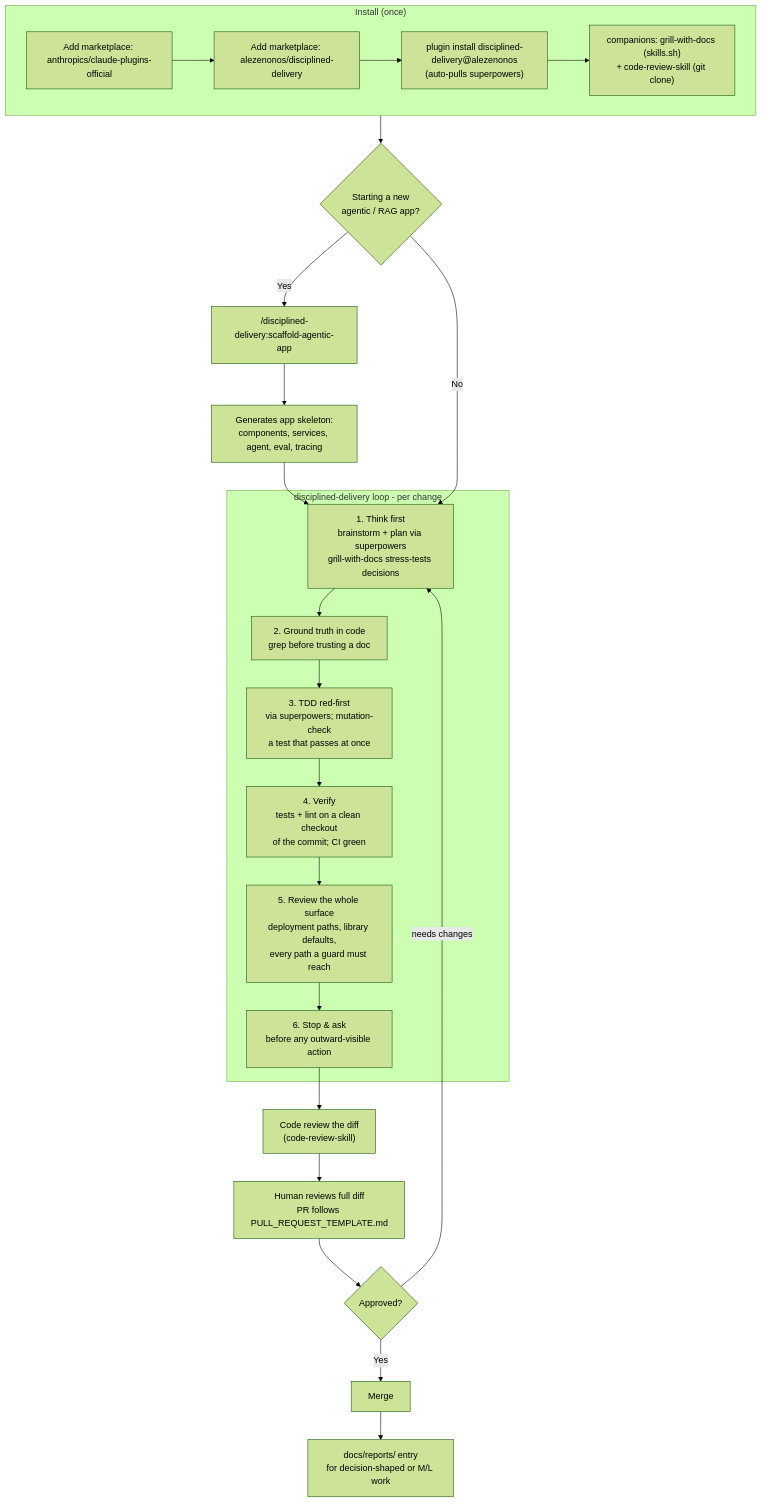
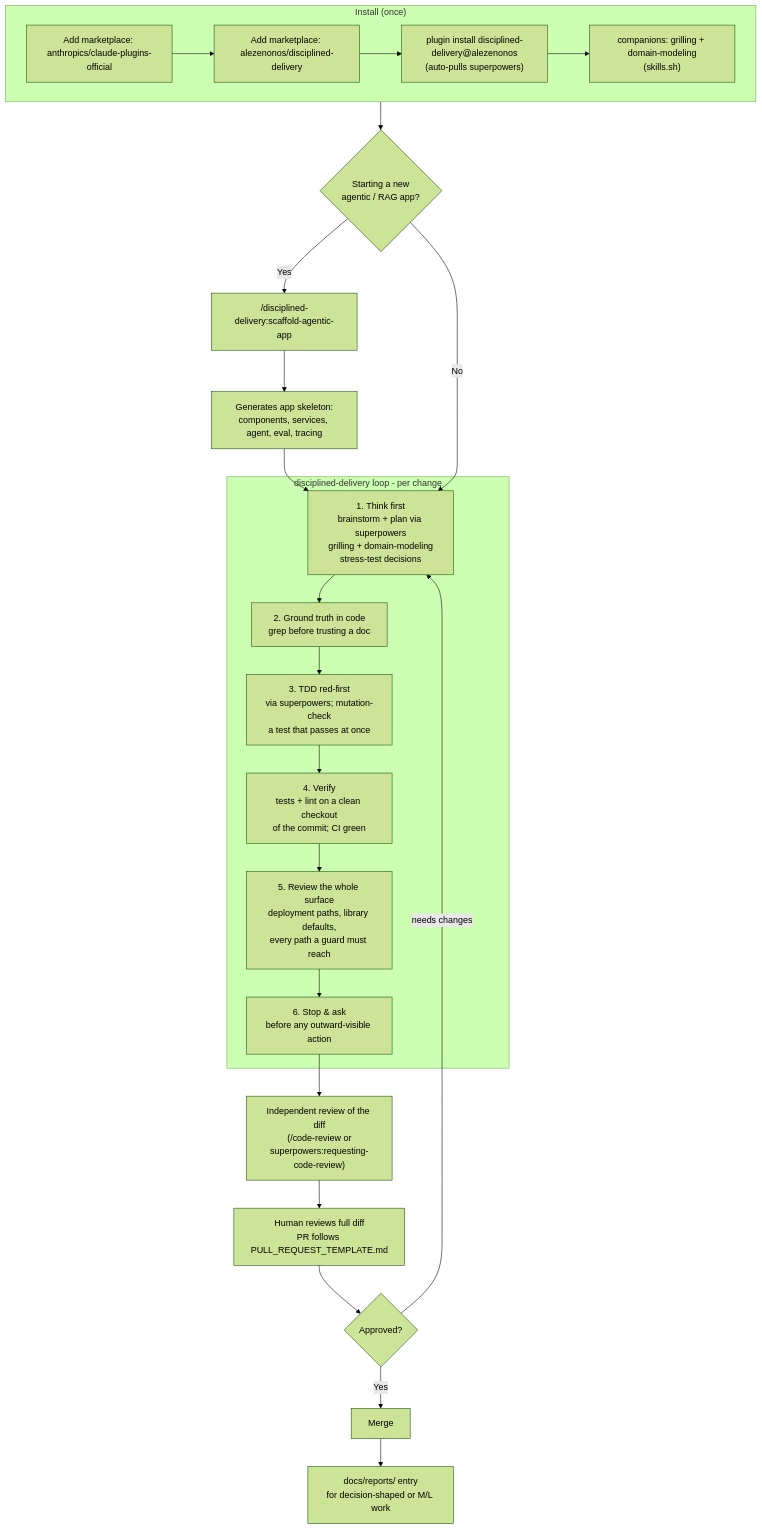
Before and after one commit to alezenonos/disciplined-delivery: the diagram in README.md, drawn with Mermaid (forest theme). The commit also changed other lines of this file and 10 other files, not shown here.

First line of the commit message:
feat(skill): independent pre-PR review, and grilling the agent can start

````diff
--- a/README.md
+++ b/README.md
@@ -23,29 +23,29 @@
 ```mermaid
 flowchart TD
     subgraph install["Install (once)"]
       A1["Add marketplace: anthropics/claude-plugins-official"] --> A2["Add marketplace: alezenonos/disciplined-delivery"]
       A2 --> A3["plugin install disciplined-delivery@alezenonos<br/>(auto-pulls superpowers)"]
-      A3 --> A4["companions: grill-with-docs (skills.sh)<br/>+ code-review-skill (git clone)"]
+      A3 --> A4["companions: grilling + domain-modeling<br/>(skills.sh)"]
     end
 
     install --> B{"Starting a new<br/>agentic / RAG app?"}
     B -- Yes --> C["/disciplined-delivery:scaffold-agentic-app"]
     C --> C1["Generates app skeleton:<br/>components, services, agent, eval, tracing"]
     C1 --> D
     B -- No --> D
 
     subgraph loop["disciplined-delivery loop - per change"]
-      D["1. Think first<br/>brainstorm + plan via superpowers<br/>grill-with-docs stress-tests decisions"] --> D2["2. Ground truth in code<br/>grep before trusting a doc"]
+      D["1. Think first<br/>brainstorm + plan via superpowers<br/>grilling + domain-modeling<br/>stress-test decisions"] --> D2["2. Ground truth in code<br/>grep before trusting a doc"]
       D2 --> E["3. TDD red-first<br/>via superpowers; mutation-check<br/>a test that passes at once"]
       E --> F["4. Verify<br/>tests + lint on a clean checkout<br/>of the commit; CI green"]
       F --> F2["5. Review the whole surface<br/>deployment paths, library defaults,<br/>every path a guard must reach"]
       F2 --> G["6. Stop & ask<br/>before any outward-visible action"]
     end
 
-    G --> R["Code review the diff<br/>(code-review-skill)"]
+    G --> R["Independent review of the diff<br/>(/code-review or<br/>superpowers:requesting-code-review)"]
     R --> H["Human reviews full diff<br/>PR follows PULL_REQUEST_TEMPLATE.md"]
     H --> I{"Approved?"}
     I -- "needs changes" --> D
     I -- Yes --> J["Merge"]
     J --> K["docs/reports/ entry<br/>for decision-shaped or M/L work"]
 ```
````
